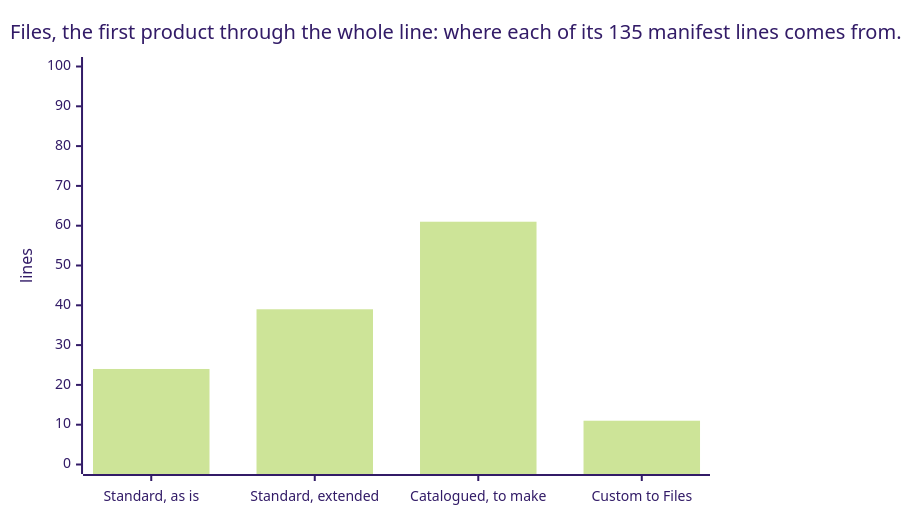
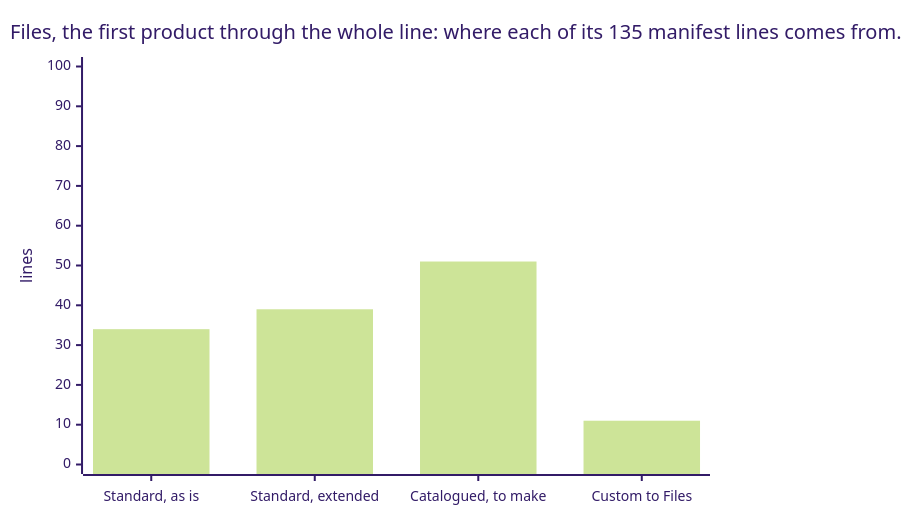
One commit to russlittle/ZTHR changed the second of 3 diagrams in intent/docs/line/engineering.md. Above: the diagram before and after it, drawn with Mermaid (forest theme). The commit also changed other lines of this file and 24 other files, not shown here.

````diff
--- a/intent/docs/line/engineering.md
+++ b/intent/docs/line/engineering.md
@@ -65,7 +65,7 @@
 ```mermaid
 xychart-beta
   title "Files, the first product through the whole line: where each of its 135 manifest lines comes from."
   x-axis ["Standard, as is", "Standard, extended", "Catalogued, to make", "Custom to Files"]
   y-axis "lines" 0 --> 100
-  bar [24, 39, 61, 11]
+  bar [34, 39, 51, 11]
 ```
````
